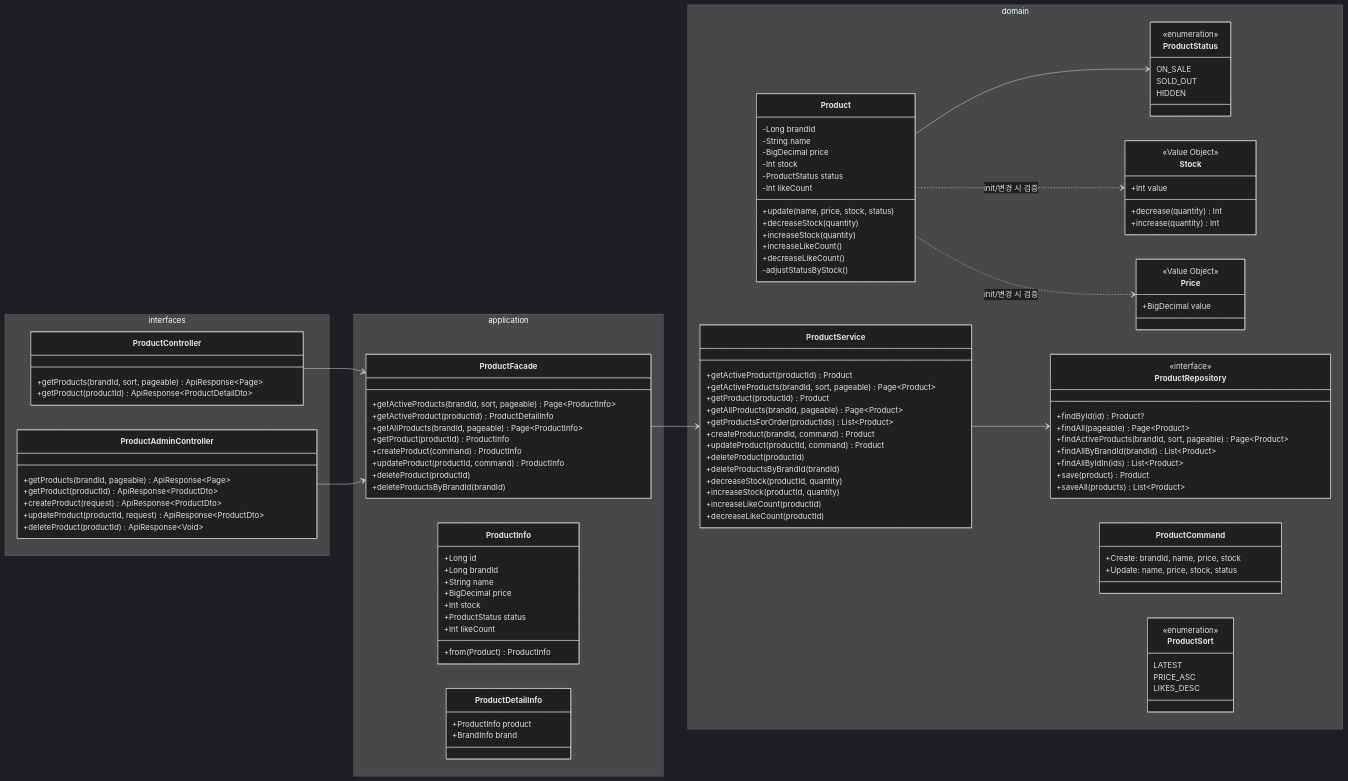
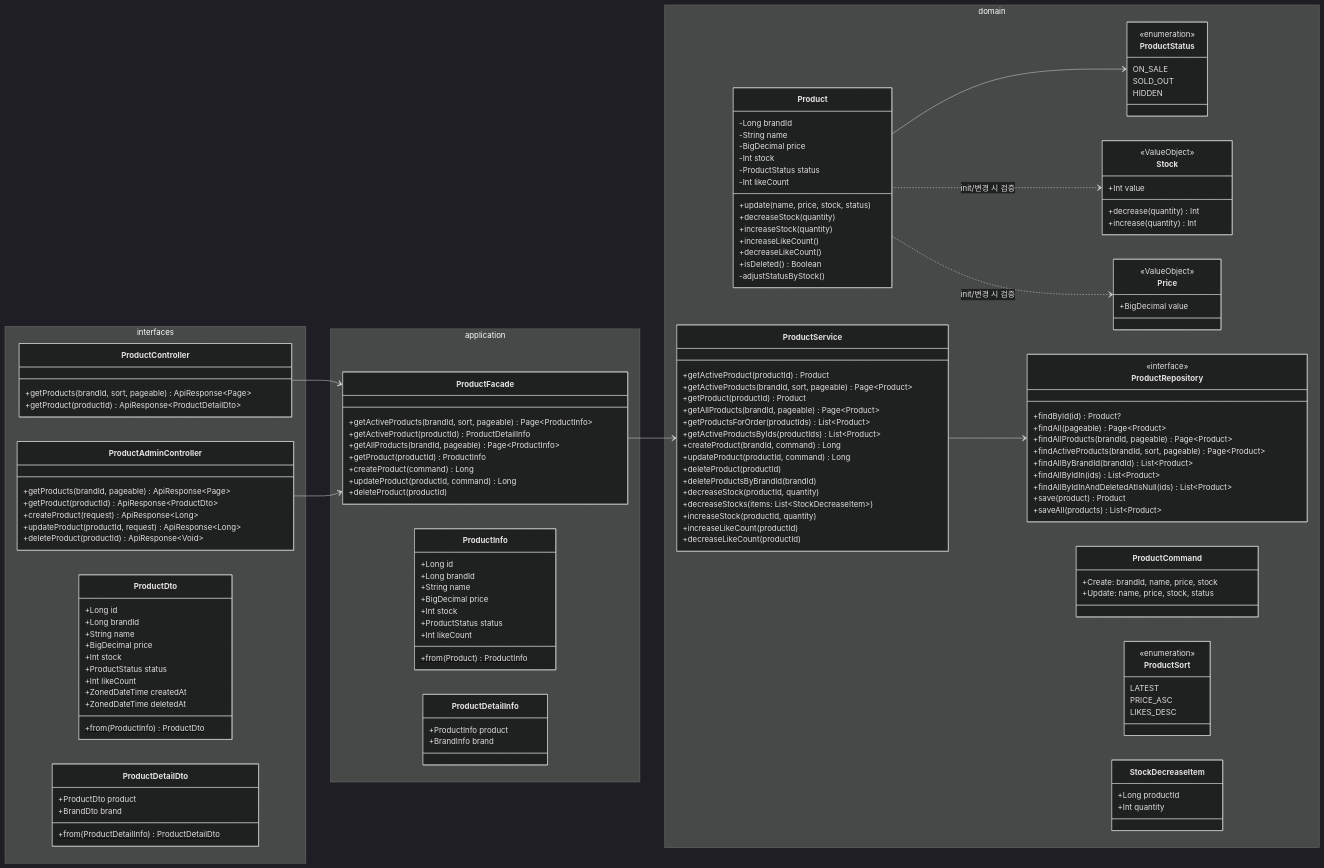
The third of 7 diagrams in docs/design/03-class-diagram.md (Loopers-dev-lab/loop-pack-be-l2-vol3-kotlin), drawn with Mermaid (dark theme) before and after one commit. The commit also changed other lines of this file and 4 other files, not shown here.

```diff
--- a/docs/design/03-class-diagram.md
+++ b/docs/design/03-class-diagram.md
@@ -230,9 +231,26 @@
         class ProductAdminController {
             +getProducts(brandId, pageable) ApiResponse~Page~
             +getProduct(productId) ApiResponse~ProductDto~
-            +createProduct(request) ApiResponse~ProductDto~
-            +updateProduct(productId, request) ApiResponse~ProductDto~
+            +createProduct(request) ApiResponse~Long~
+            +updateProduct(productId, request) ApiResponse~Long~
             +deleteProduct(productId) ApiResponse~Void~
+        }
+        class ProductDto {
+            +Long id
+            +Long brandId
+            +String name
+            +BigDecimal price
+            +Int stock
+            +ProductStatus status
+            +Int likeCount
+            +ZonedDateTime createdAt
+            +ZonedDateTime deletedAt
+            +from(ProductInfo)$ ProductDto
+        }
+        class ProductDetailDto {
+            +ProductDto product
+            +BrandDto brand
+            +from(ProductDetailInfo)$ ProductDetailDto
         }
     }
 
@@ -242,10 +260,9 @@
             +getActiveProduct(productId) ProductDetailInfo
             +getAllProducts(brandId, pageable) Page~ProductInfo~
             +getProduct(productId) ProductInfo
-            +createProduct(command) ProductInfo
-            +updateProduct(productId, command) ProductInfo
+            +createProduct(command) Long
+            +updateProduct(productId, command) Long
             +deleteProduct(productId)
-            +deleteProductsByBrandId(brandId)
         }
         class ProductInfo {
             +Long id
@@ -276,6 +293,7 @@
             +increaseStock(quantity)
             +increaseLikeCount()
             +decreaseLikeCount()
+            +isDeleted() Boolean
             -adjustStatusByStock()
         }
         class ProductStatus {
@@ -285,13 +303,13 @@
             HIDDEN
         }
         class Stock {
-            <<Value Object>>
+            <<ValueObject>>
             +Int value
             +decrease(quantity) Int
             +increase(quantity) Int
         }
         class Price {
-            <<Value Object>>
+            <<ValueObject>>
             +BigDecimal value
         }
         class ProductService {
@@ -300,11 +318,13 @@
             +getProduct(productId) Product
             +getAllProducts(brandId, pageable) Page~Product~
             +getProductsForOrder(productIds) List~Product~
-            +createProduct(brandId, command) Product
-            +updateProduct(productId, command) Product
+            +getActiveProductsByIds(productIds) List~Product~
+            +createProduct(brandId, command) Long
+            +updateProduct(productId, command) Long
             +deleteProduct(productId)
             +deleteProductsByBrandId(brandId)
             +decreaseStock(productId, quantity)
+            +decreaseStocks(items: List~StockDecreaseItem~)
             +increaseStock(productId, quantity)
             +increaseLikeCount(productId)
             +decreaseLikeCount(productId)
@@ -313,9 +333,11 @@
             <<interface>>
             +findById(id) Product?
             +findAll(pageable) Page~Product~
+            +findAllProducts(brandId, pageable) Page~Product~
             +findActiveProducts(brandId, sort, pageable) Page~Product~
             +findAllByBrandId(brandId) List~Product~
             +findAllByIdIn(ids) List~Product~
+            +findAllByIdInAndDeletedAtIsNull(ids) List~Product~
             +save(product) Product
             +saveAll(products) List~Product~
         }
@@ -329,6 +351,10 @@
             PRICE_ASC
             LIKES_DESC
         }
+        class StockDecreaseItem {
+            +Long productId
+            +Int quantity
+        }
     }
 
     ProductController --> ProductFacade
```
